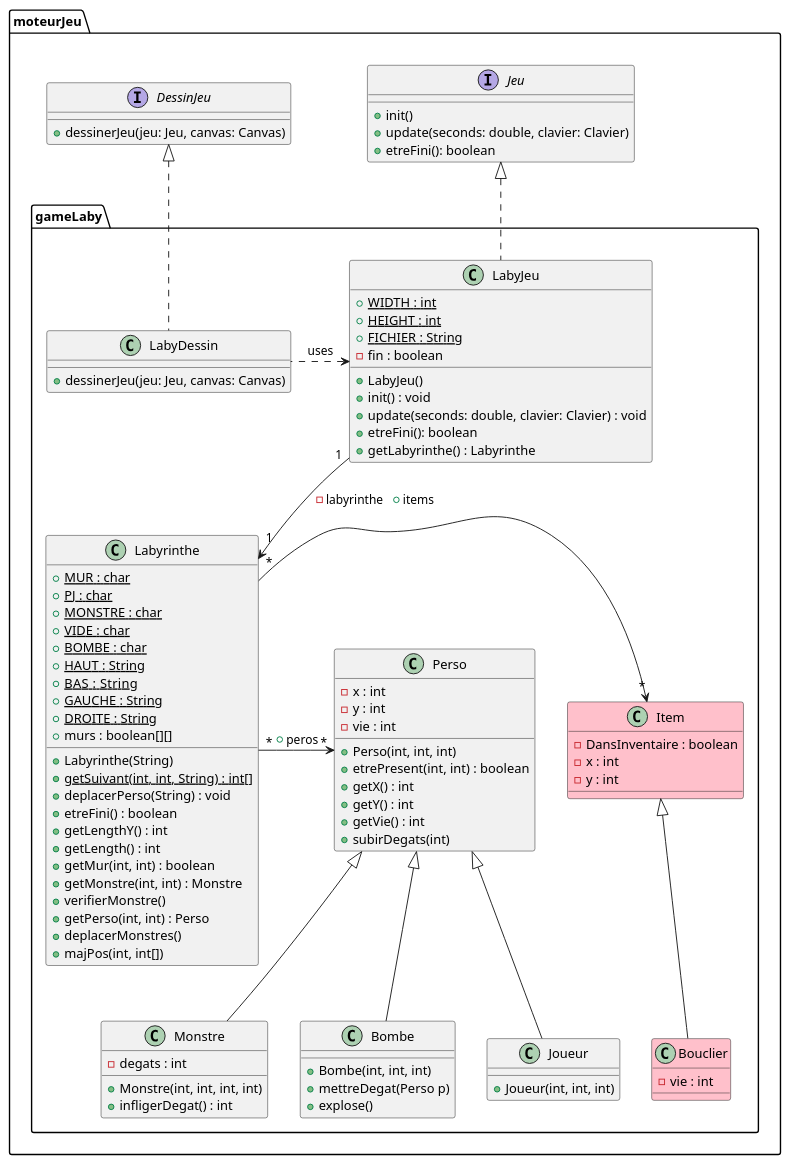
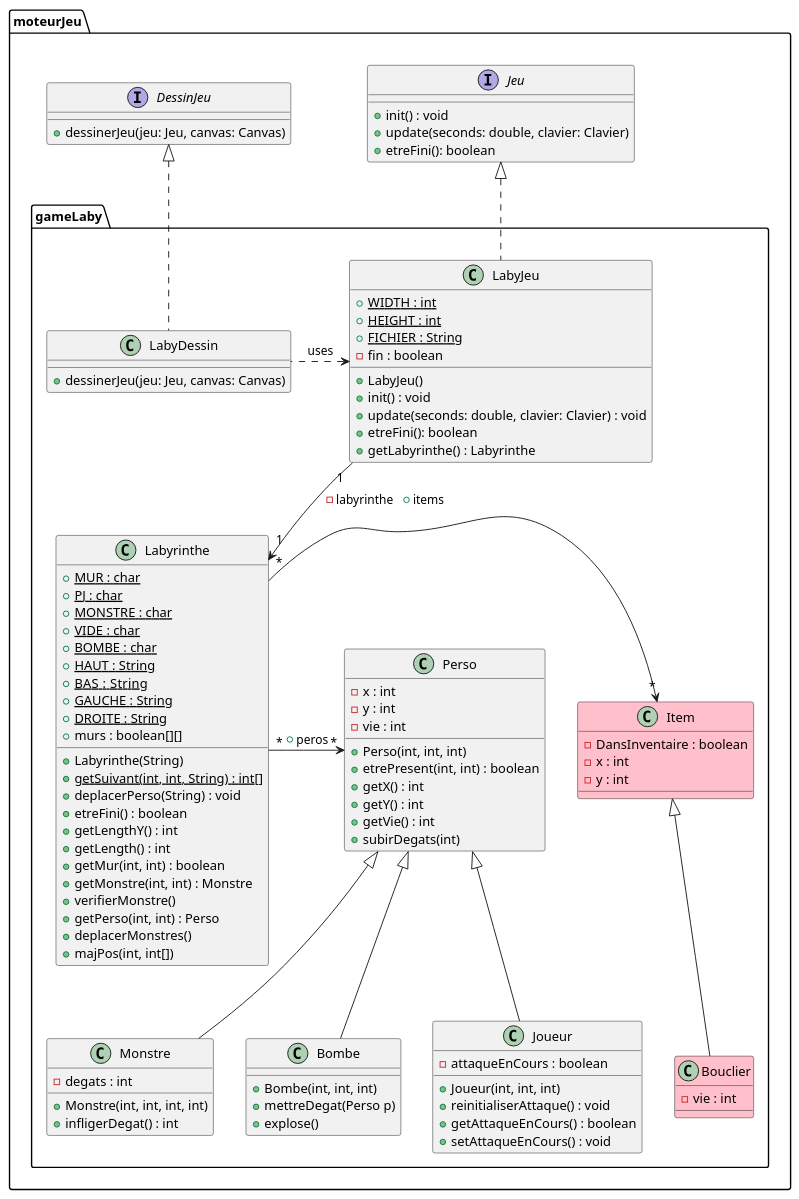
The diagram in projet_zeldiablo/documents/version_3/diag_classe_v3.puml (Packingdustry/2024_Zeldiablo_massoncl1u_delaborde2u_e2074u_marti1228u_e2920u), drawn with PlantUML before and after one commit. The commit also changed 2 other files, not shown here.

```diff
--- a/projet_zeldiablo/documents/version_3/diag_classe_v3.puml
+++ b/projet_zeldiablo/documents/version_3/diag_classe_v3.puml
@@ -1,108 +1,112 @@
 @startuml
 package moteurJeu {
 
 interface Jeu{
-+ init()
++ init() : void
 + update(seconds: double, clavier: Clavier)
 + etreFini(): boolean
 }
 
 
 interface DessinJeu {
 + dessinerJeu(jeu: Jeu, canvas: Canvas)
 }
 
 package gameLaby{
 
 class LabyJeu{
 + {static} WIDTH : int
 + {static} HEIGHT : int
 + {static} FICHIER : String
 - fin : boolean
 + LabyJeu()
 + init() : void
 + update(seconds: double, clavier: Clavier) : void
 + etreFini(): boolean
 + getLabyrinthe() : Labyrinthe
 }
 
 class Labyrinthe {
   + {static} MUR : char
   + {static} PJ : char
   + {static} MONSTRE : char
   + {static} VIDE : char
   + {static} BOMBE : char
   + {static} HAUT : String
   + {static} BAS  : String
   + {static} GAUCHE : String
   + {static} DROITE : String
   + murs : boolean[][]
   + Labyrinthe(String)
   + {static} getSuivant(int, int, String) : int[]
   + deplacerPerso(String) : void
   + etreFini() : boolean
   + getLengthY() : int
   + getLength() : int
   + getMur(int, int) : boolean
   + getMonstre(int, int) : Monstre
   + verifierMonstre()
   + getPerso(int, int) : Perso
   + deplacerMonstres()
   + majPos(int, int[])
 }
 
 
 Jeu <|.. LabyJeu
 
 
 LabyJeu "1" --> "1" Labyrinthe : -labyrinthe
 
 
 class LabyDessin{
 + dessinerJeu(jeu: Jeu, canvas: Canvas)
 }
 
 DessinJeu <|.. LabyDessin
 LabyJeu <. LabyDessin:uses
 
 class Perso {
   - x : int
   - y : int
   - vie : int
   + Perso(int, int, int)
   + etrePresent(int, int) : boolean
   + getX() : int
   + getY() : int
   + getVie() : int
   + subirDegats(int)
 }
 
 
 class Monstre extends Perso {
   - degats : int
   + Monstre(int, int, int, int)
   + infligerDegat() : int
 }
 class Bombe extends Perso {
   + Bombe(int, int, int)
   + mettreDegat(Perso p)
   + explose()
 }
 class Joueur extends Perso{
+  - attaqueEnCours : boolean
   + Joueur(int, int, int)
+  + reinitialiserAttaque() : void
+  + getAttaqueEnCours() : boolean
+  + setAttaqueEnCours() : void
 }
 
 class Item #pink {
   - DansInventaire : boolean
   - x : int
   - y : int
 }
 
 class Bouclier #pink extends Item {
   - vie : int
 }
 
 Labyrinthe "*" -> "*" Item : + items
 Labyrinthe "*" -> "*" Perso : + peros
 }
 @enduml
```
